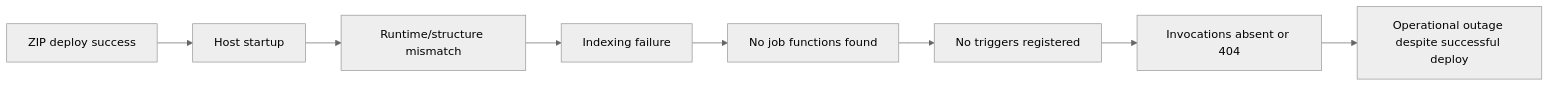
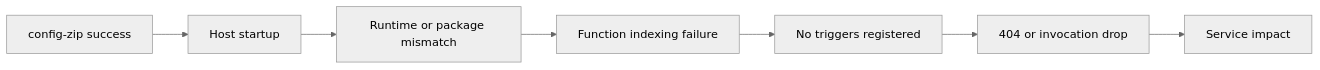
One commit to yeongseon/azure-functions-practical-guide changed the third of 5 diagrams in docs/troubleshooting/lab-guides/deployment-not-running.md. Above: the diagram before and after it, drawn with Mermaid (neutral theme). The commit also changed other lines of this file and 21 other files, not shown here.

````diff
--- a/docs/troubleshooting/lab-guides/deployment-not-running.md
+++ b/docs/troubleshooting/lab-guides/deployment-not-running.md
@@ -85,10 +93,9 @@
 ```mermaid
 flowchart LR
-    A[ZIP deploy success] --> B[Host startup]
-    B --> C[Runtime/structure mismatch]
-    C --> D[Indexing failure]
-    D --> E[No job functions found]
-    E --> F[No triggers registered]
-    F --> G[Invocations absent or 404]
-    G --> H[Operational outage despite successful deploy]
+    A[config-zip success] --> B[Host startup]
+    B --> C[Runtime or package mismatch]
+    C --> D[Function indexing failure]
+    D --> E[No triggers registered]
+    E --> F[404 or invocation drop]
+    F --> G[Service impact]
 ```
````
